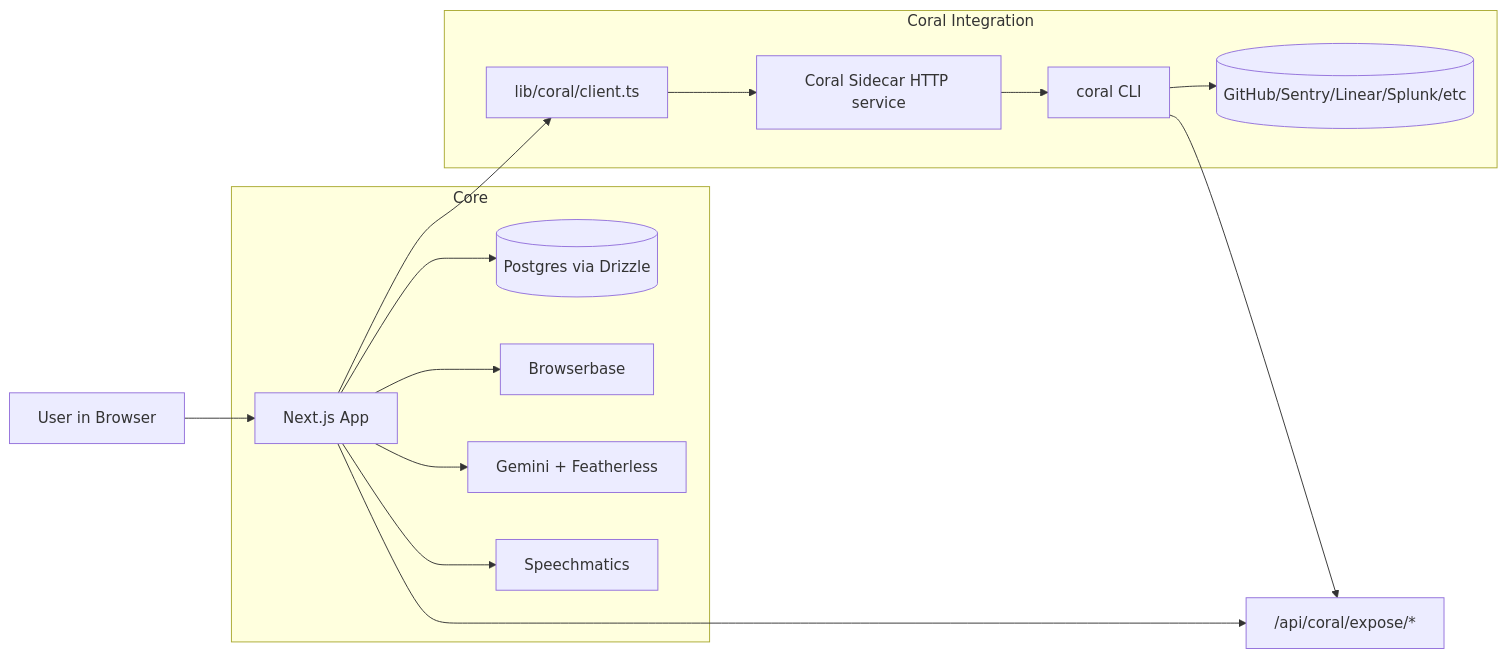
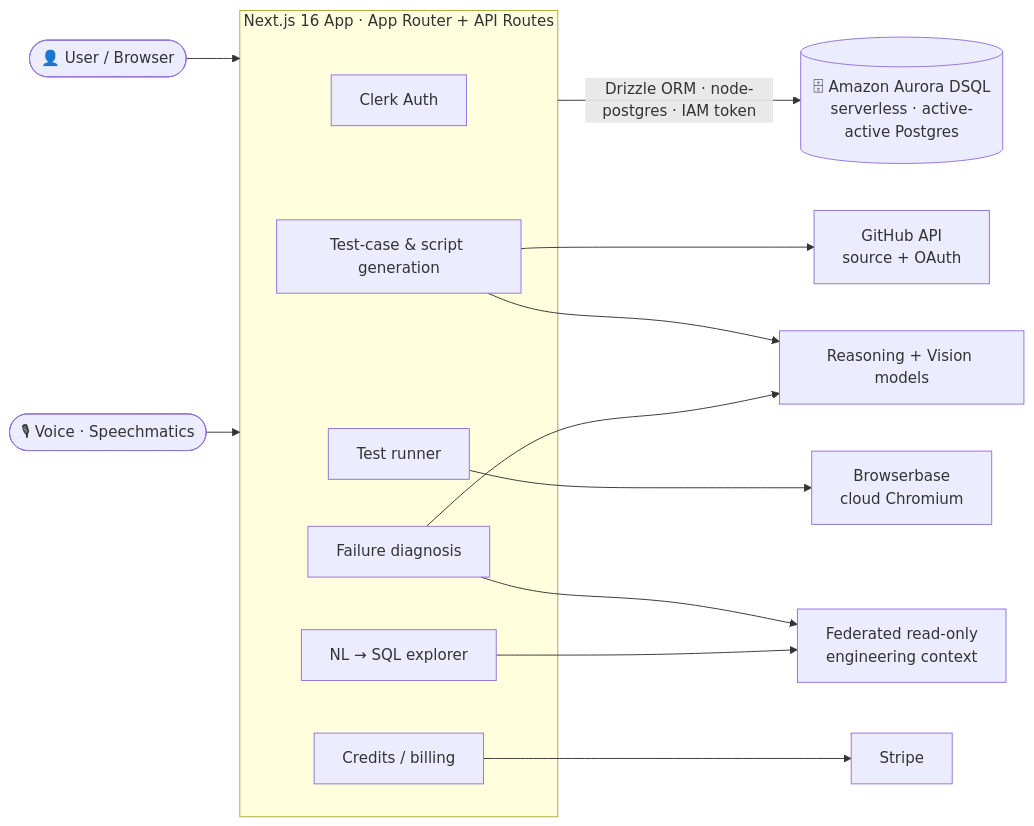
One commit to Arjunhg/coral changed the second of 3 diagrams in README.md. Above: the diagram before and after it, drawn with Mermaid. The commit also changed other lines of this file, not shown here.

````diff
--- a/README.md
+++ b/README.md
@@ -39,21 +202,27 @@
 ```mermaid
 flowchart LR
-  U[User in Browser] --> N[Next.js App]
+    U([👤 User / Browser])
+    V([🎙 Voice · Speechmatics])
 
-  subgraph Core
-    N --> DB[(Postgres via Drizzle)]
-    N --> BB[Browserbase]
-    N --> AI[Gemini + Featherless]
-    N --> SM[Speechmatics]
-  end
+    U --> APP
+    V --> APP
 
-  subgraph Coral Integration
-    N --> CClient[lib/coral/client.ts]
-    CClient --> Sidecar[Coral Sidecar HTTP service]
-    Sidecar --> CoralCLI[coral CLI]
-    CoralCLI --> Sources[(GitHub/Sentry/Linear/Splunk/etc)]
-  end
+    subgraph APP[Next.js 16 App · App Router + API Routes]
+        AUTH[Clerk Auth]
+        GEN[Test-case & script generation]
+        RUN[Test runner]
+        DIAG[Failure diagnosis]
+        EXP[NL → SQL explorer]
+        PAY[Credits / billing]
+    end
 
-  N --> Expose["/api/coral/expose/*"]
-  CoralCLI --> Expose
+    APP -->|Drizzle ORM · node-postgres · IAM token| DSQL[(🗄 Amazon Aurora DSQL<br/>serverless · active-active Postgres)]
+
+    GEN --> GH[GitHub API<br/>source + OAuth]
+    GEN --> LLM[Reasoning + Vision models]
+    RUN --> BB[Browserbase<br/>cloud Chromium]
+    DIAG --> LLM
+    DIAG --> CTX[Federated read-only<br/>engineering context]
+    EXP --> CTX
+    PAY --> ST[Stripe]
 ```
````
